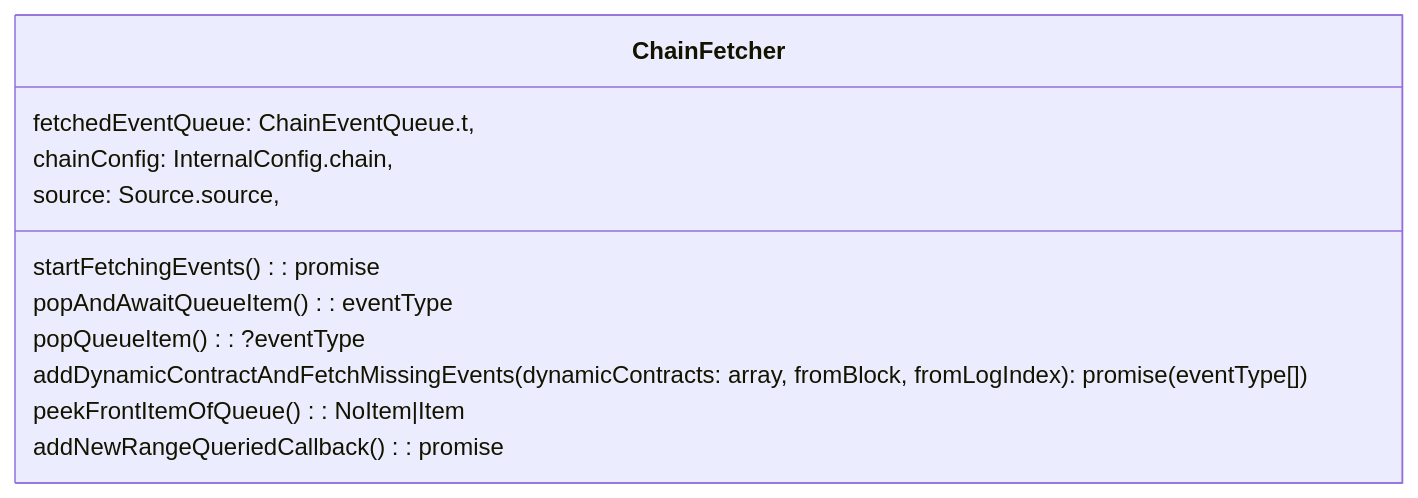
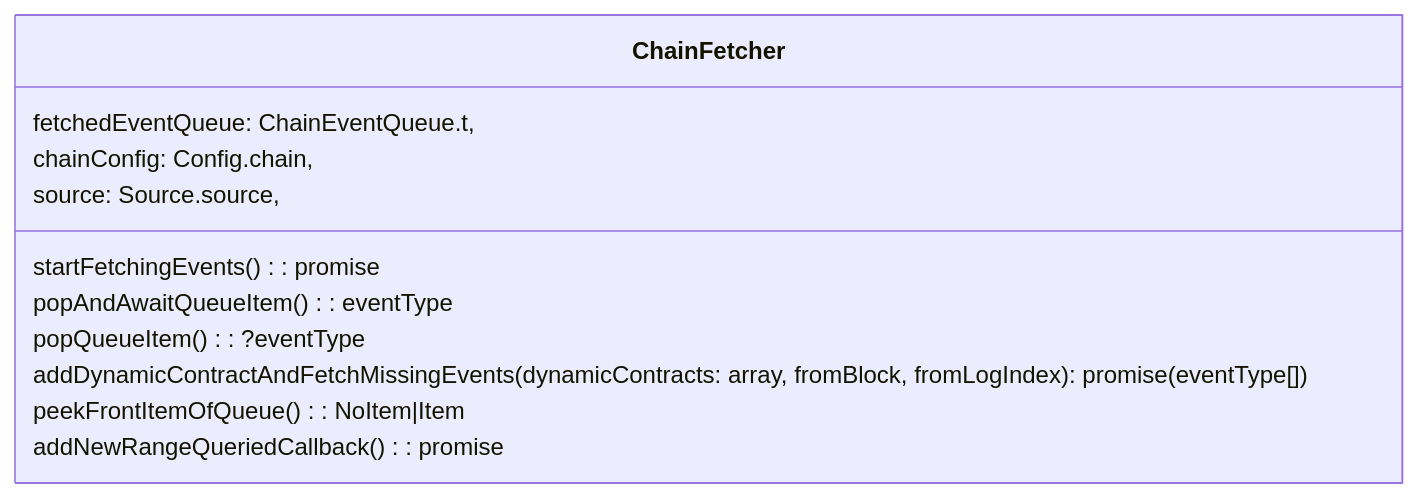
One commit to enviodev/hyperindex changed the second of 3 diagrams in internal_docs/EventFetchers.md. Above: the diagram before and after it, drawn with Mermaid. The commit also changed 44 other files, not shown here.

````diff
--- a/internal_docs/EventFetchers.md
+++ b/internal_docs/EventFetchers.md
@@ -31,15 +31,15 @@
 ```mermaid
 classDiagram
   class ChainFetcher {
     fetchedEventQueue: ChainEventQueue.t,
-    chainConfig: InternalConfig.chain,
+    chainConfig: Config.chain,
     source: Source.source,
 
     startFetchingEvents(): promise
     popAndAwaitQueueItem(): eventType
     popQueueItem(): ?eventType
     addDynamicContractAndFetchMissingEvents(dynamicContracts: array, fromBlock, fromLogIndex): promise(eventType[])
     peekFrontItemOfQueue(): NoItem|Item
     addNewRangeQueriedCallback(): promise
   }
 ```
````
